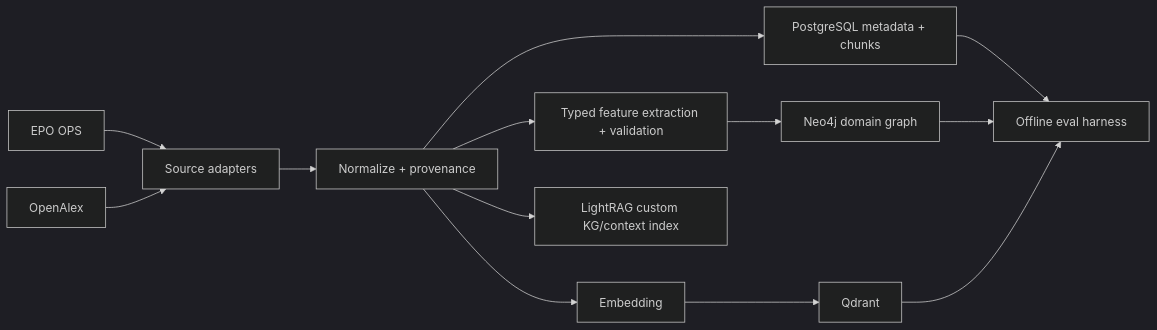
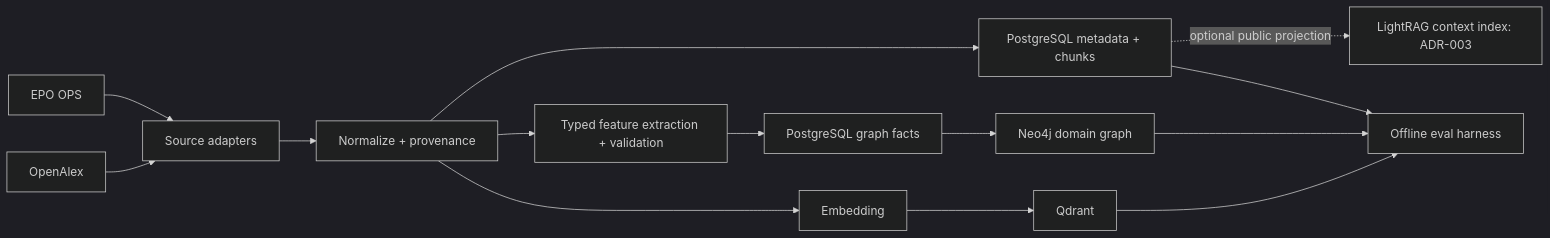
The second of 2 diagrams in docs/ARCHITECTURE.md (KulikovKA/Graph-based-RAG-for-article-analysis), drawn with Mermaid (dark theme) before and after one commit. The commit also changed other lines of this file and 14 other files, not shown here.

````diff
--- a/docs/ARCHITECTURE.md
+++ b/docs/ARCHITECTURE.md
@@ -49,15 +49,16 @@
 ```mermaid
 flowchart LR
   E[EPO OPS] --> AD[Source adapters]
   O[OpenAlex] --> AD
   AD --> N[Normalize + provenance]
   N --> PG[PostgreSQL metadata + chunks]
   N --> X[Typed feature extraction + validation]
-  X --> G[Neo4j domain graph]
+  X --> F[PostgreSQL graph facts]
+  F --> G[Neo4j domain graph]
   N --> EM[Embedding]
   EM --> Q[Qdrant]
-  N --> LR[LightRAG custom KG/context index]
+  PG -. optional public projection .-> LR[LightRAG context index: ADR-003]
   PG --> J[Offline eval harness]
   G --> J
   Q --> J
 ```
````
